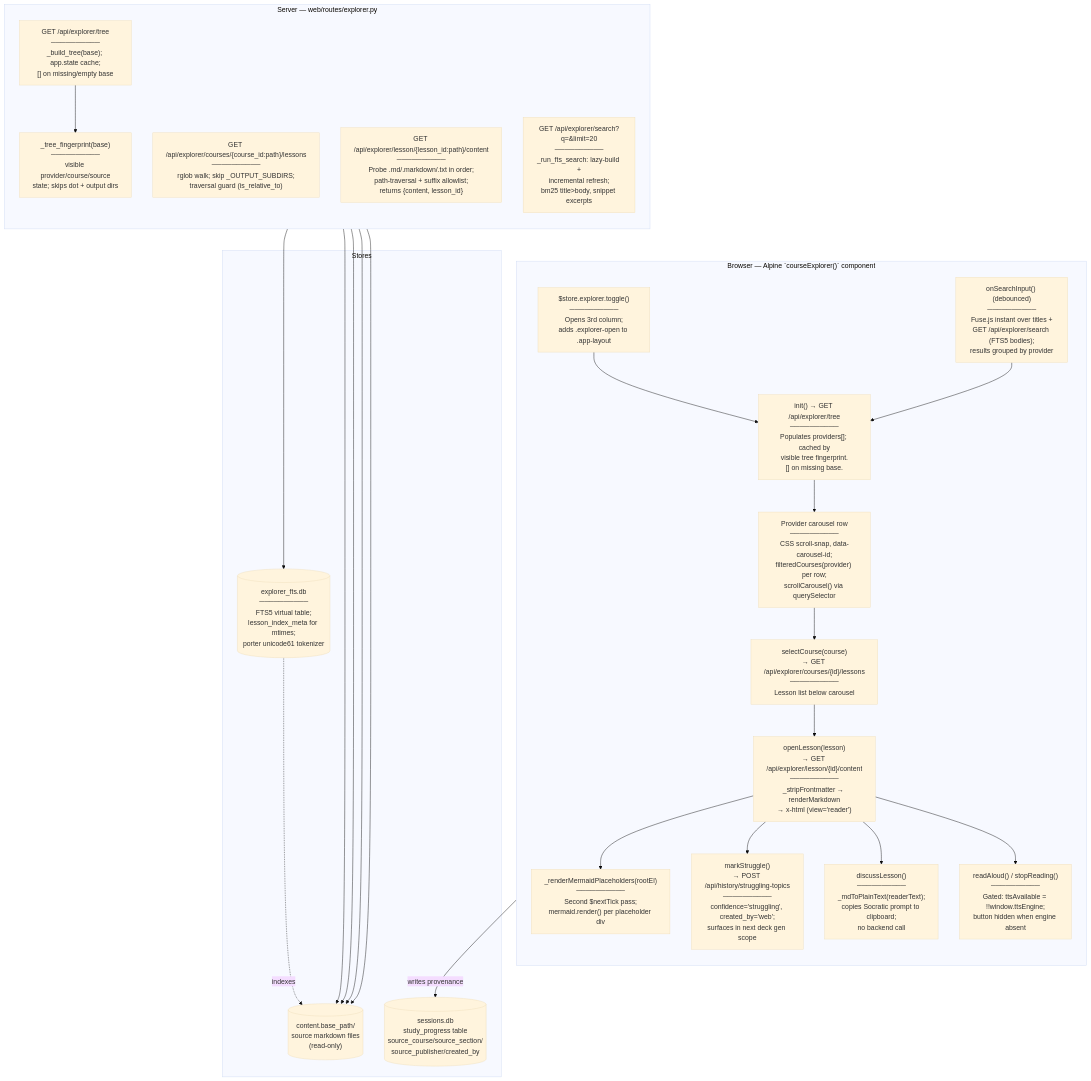
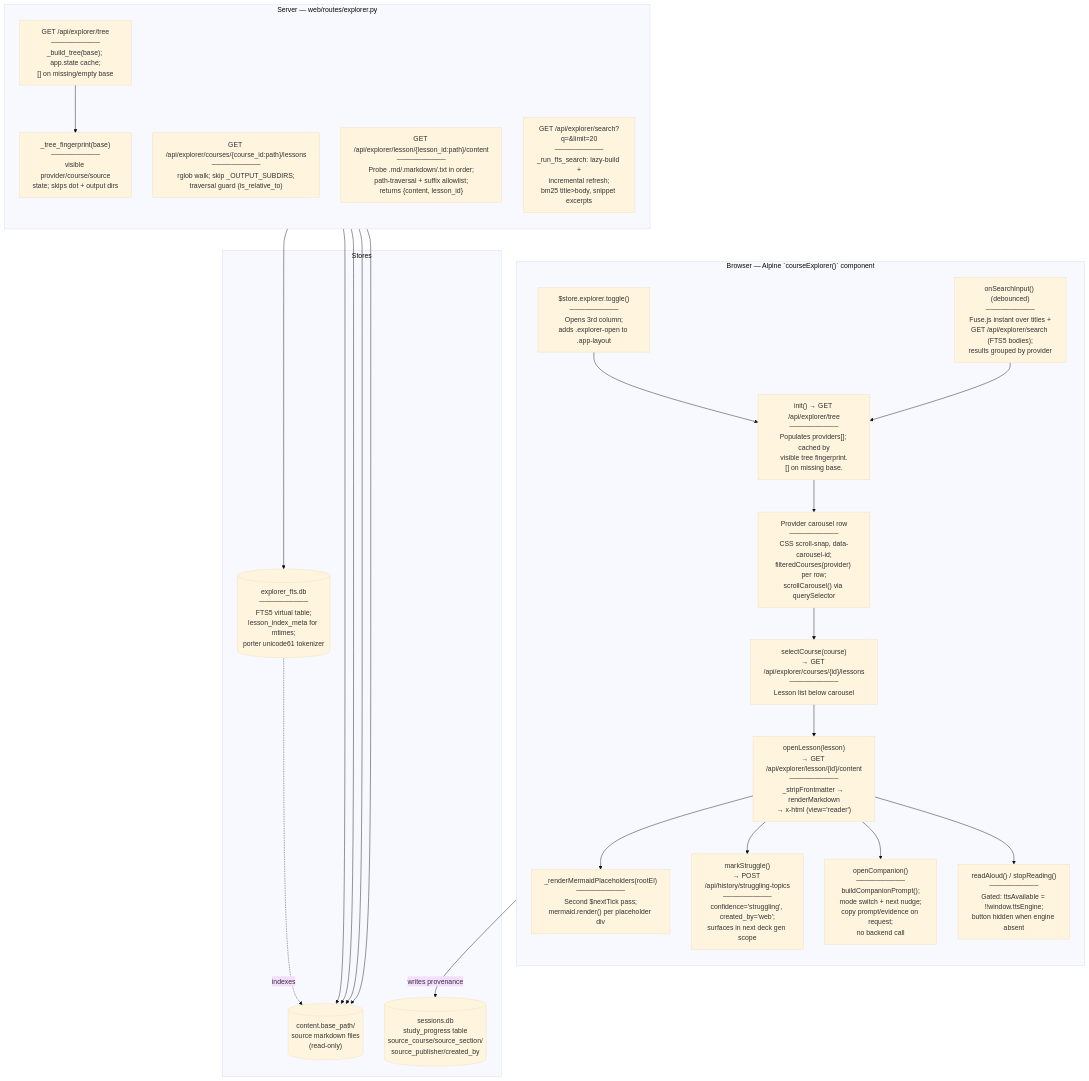
Diagram 12 of 12 in docs/architecture/current.md (NetDevAutomate/StudyLoop), drawn with Mermaid (base theme) before and after one commit. The commit also changed other lines of this file and 27 other files, not shown here.

````diff
--- a/docs/architecture/current.md
+++ b/docs/architecture/current.md
@@ -753,50 +762,50 @@
 ```mermaid
 flowchart TB
     subgraph Browser["Browser — Alpine `courseExplorer()` component"]
       direction TB
       Toggle["$store.explorer.toggle()<br/>──────────<br/>Opens 3rd column;<br/>adds .explorer-open to .app-layout"]
       TreeFetch["init() → GET /api/explorer/tree<br/>──────────<br/>Populates providers[]; cached by<br/>visible tree fingerprint.<br/>[] on missing base."]
       Carousel["Provider carousel row<br/>──────────<br/>CSS scroll-snap, data-carousel-id;<br/>filteredCourses(provider) per row;<br/>scrollCarousel() via querySelector"]
       LessonFetch["selectCourse(course)<br/>→ GET /api/explorer/courses/{id}/lessons<br/>──────────<br/>Lesson list below carousel"]
       Reader["openLesson(lesson)<br/>→ GET /api/explorer/lesson/{id}/content<br/>──────────<br/>_stripFrontmatter → renderMarkdown<br/>→ x-html (view='reader')"]
       MermaidPass["_renderMermaidPlaceholders(rootEl)<br/>──────────<br/>Second $nextTick pass;<br/>mermaid.render() per placeholder div"]
       SearchBox["onSearchInput() (debounced)<br/>──────────<br/>Fuse.js instant over titles +<br/>GET /api/explorer/search (FTS5 bodies);<br/>results grouped by provider"]
       StruggleBtn["markStruggle()<br/>→ POST /api/history/struggling-topics<br/>──────────<br/>confidence='struggling', created_by='web';<br/>surfaces in next deck gen scope"]
-      DiscussBtn["discussLesson()<br/>──────────<br/>_mdToPlainText(readerText);<br/>copies Socratic prompt to clipboard;<br/>no backend call"]
+      DiscussBtn["openCompanion()<br/>──────────<br/>buildCompanionPrompt();<br/>mode switch + next nudge;<br/>copy prompt/evidence on request;<br/>no backend call"]
       TTSBtn["readAloud() / stopReading()<br/>──────────<br/>Gated: ttsAvailable = !!window.ttsEngine;<br/>button hidden when engine absent"]
     end
 
     subgraph Backend["Server — web/routes/explorer.py"]
       direction TB
       TreeRoute["GET /api/explorer/tree<br/>──────────<br/>_build_tree(base); app.state cache;<br/>[] on missing/empty base"]
       LessonsRoute["GET /api/explorer/courses/{course_id:path}/lessons<br/>──────────<br/>rglob walk; skip _OUTPUT_SUBDIRS;<br/>traversal guard (is_relative_to)"]
       ContentRoute["GET /api/explorer/lesson/{lesson_id:path}/content<br/>──────────<br/>Probe .md/.markdown/.txt in order;<br/>path-traversal + suffix allowlist;<br/>returns {content, lesson_id}"]
       SearchRoute["GET /api/explorer/search?q=&limit=20<br/>──────────<br/>_run_fts_search: lazy-build +<br/>incremental refresh;<br/>bm25 title>body, snippet excerpts"]
       TreeKey["_tree_fingerprint(base)<br/>──────────<br/>visible provider/course/source<br/>state; skips dot + output dirs"]
     end
 
     subgraph Stores["Stores"]
       ContentBase[("content.base_path/<br/>source markdown files<br/>(read-only)")]
       FTSDb[("explorer_fts.db<br/>──────────<br/>FTS5 virtual table;<br/>lesson_index_meta for mtimes;<br/>porter unicode61 tokenizer")]
       SessionDB[("sessions.db<br/>study_progress table<br/>source_course/source_section/<br/>source_publisher/created_by")]
     end
 
     Toggle --> TreeFetch
     TreeFetch --> Carousel
     Carousel --> LessonFetch
     LessonFetch --> Reader
     Reader --> MermaidPass
     SearchBox --> TreeFetch
     Reader --> StruggleBtn
     Reader --> DiscussBtn
     Reader --> TTSBtn
 
     TreeRoute --> TreeKey
     TreeKey --> ContentBase
     TreeRoute --> ContentBase
     LessonsRoute --> ContentBase
     ContentRoute --> ContentBase
     SearchRoute --> FTSDb
     FTSDb -.->|"indexes"| ContentBase
     StruggleBtn -->|"writes provenance"| SessionDB
 ```
````
